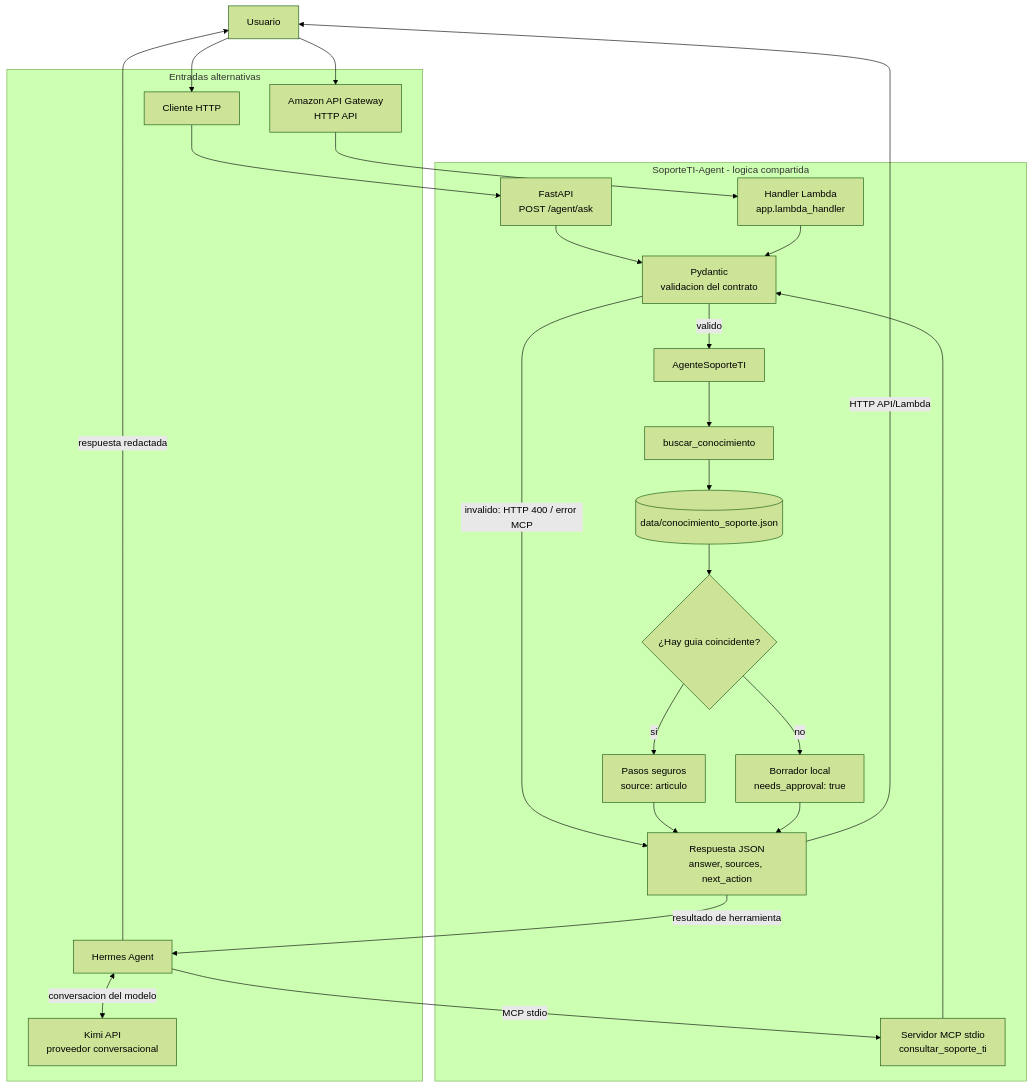
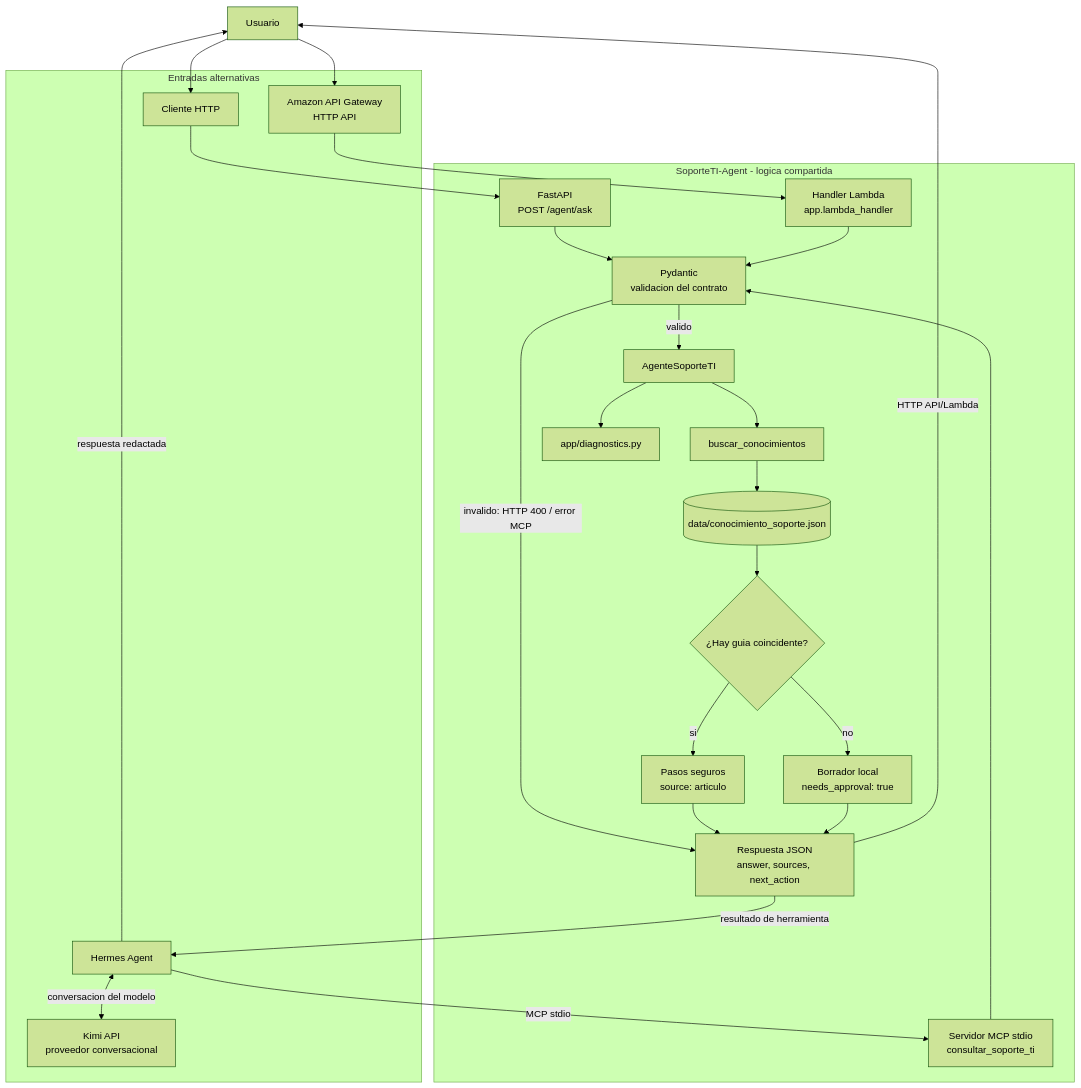
The diagram in docs/arquitectura.md (Edinson99/SoporteTI-Agent), drawn with Mermaid (forest theme) before and after one commit. The commit also changed other lines of this file and 11 other files, not shown here.

````diff
--- a/docs/arquitectura.md
+++ b/docs/arquitectura.md
@@ -22,45 +23,47 @@
 ```mermaid
 flowchart TB
     U[Usuario]
     subgraph Entrada["Entradas alternativas"]
         HTTP["Cliente HTTP"]
         GATEWAY["Amazon API Gateway<br/>HTTP API"]
         HERMES["Hermes Agent"]
         KIMI["Kimi API<br/>proveedor conversacional"]
     end
     subgraph Servicio["SoporteTI-Agent - logica compartida"]
         API["FastAPI<br/>POST /agent/ask"]
         LAMBDA["Handler Lambda<br/>app.lambda_handler"]
         MCP["Servidor MCP stdio<br/>consultar_soporte_ti"]
         VALID["Pydantic<br/>validacion del contrato"]
         AGENT["AgenteSoporteTI"]
-        SEARCH["buscar_conocimiento"]
+        SEARCH["buscar_conocimientos"]
+        DIAG["app/diagnostics.py"]
         DECISION{"¿Hay guia coincidente?"}
         KB[("data/conocimiento_soporte.json")]
         ANSWER["Pasos seguros<br/>source: articulo"]
         DRAFT["Borrador local<br/>needs_approval: true"]
         RESP["Respuesta JSON<br/>answer, sources, next_action"]
     end
 
     U --> HTTP
     U --> GATEWAY
     HTTP --> API
     GATEWAY --> LAMBDA
     HERMES <-->|"conversacion del modelo"| KIMI
     HERMES -->|"MCP stdio"| MCP
     API --> VALID
     LAMBDA --> VALID
     MCP --> VALID
     VALID -->|"invalido: HTTP 400 / error MCP"| RESP
     VALID -->|"valido"| AGENT
     AGENT --> SEARCH
+    AGENT --> DIAG
     SEARCH --> KB
     KB --> DECISION
     DECISION -->|"si"| ANSWER
     DECISION -->|"no"| DRAFT
     ANSWER --> RESP
     DRAFT --> RESP
     RESP -->|"HTTP API/Lambda"| U
     RESP -->|"resultado de herramienta"| HERMES
     HERMES -->|"respuesta redactada"| U
 ```
````
